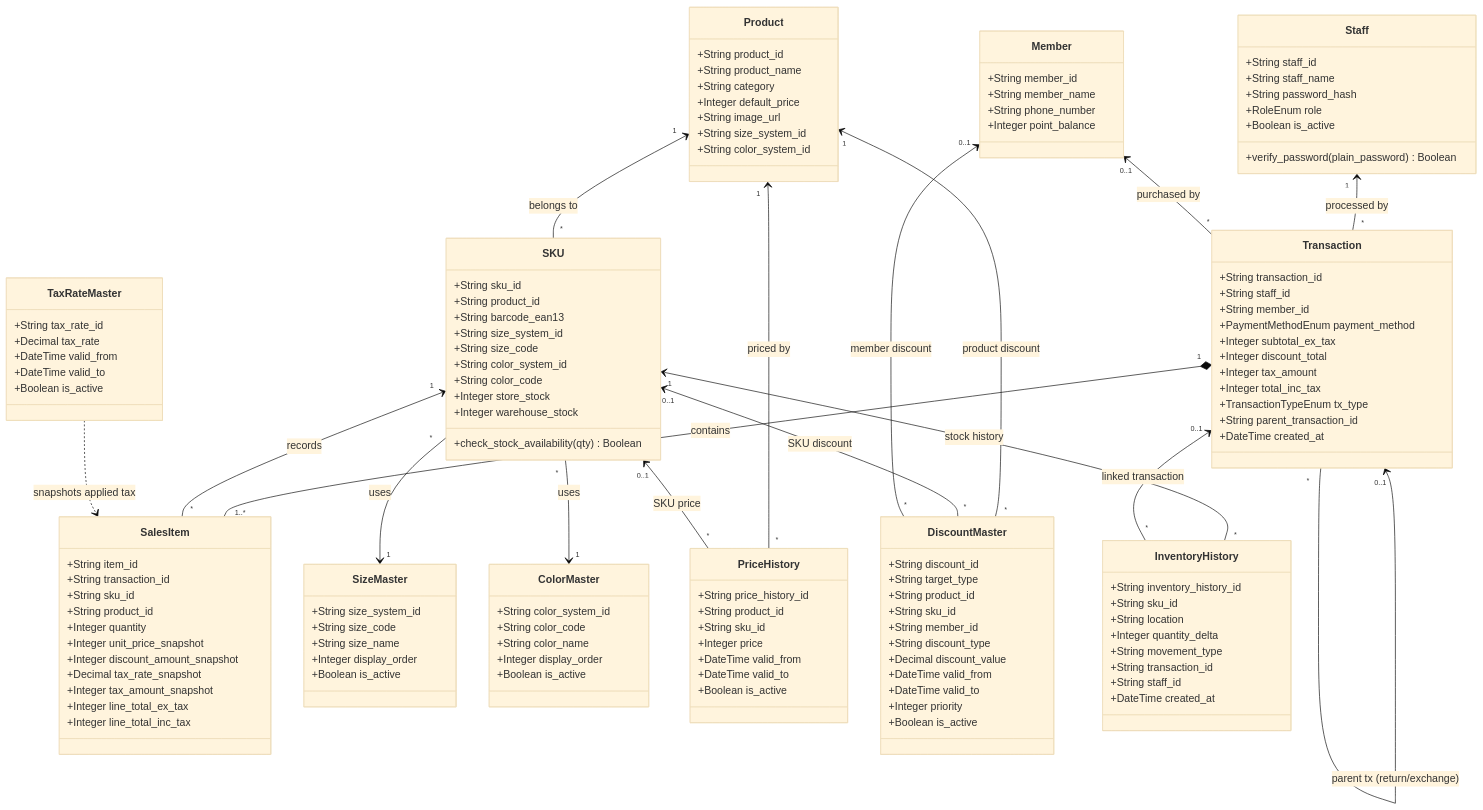
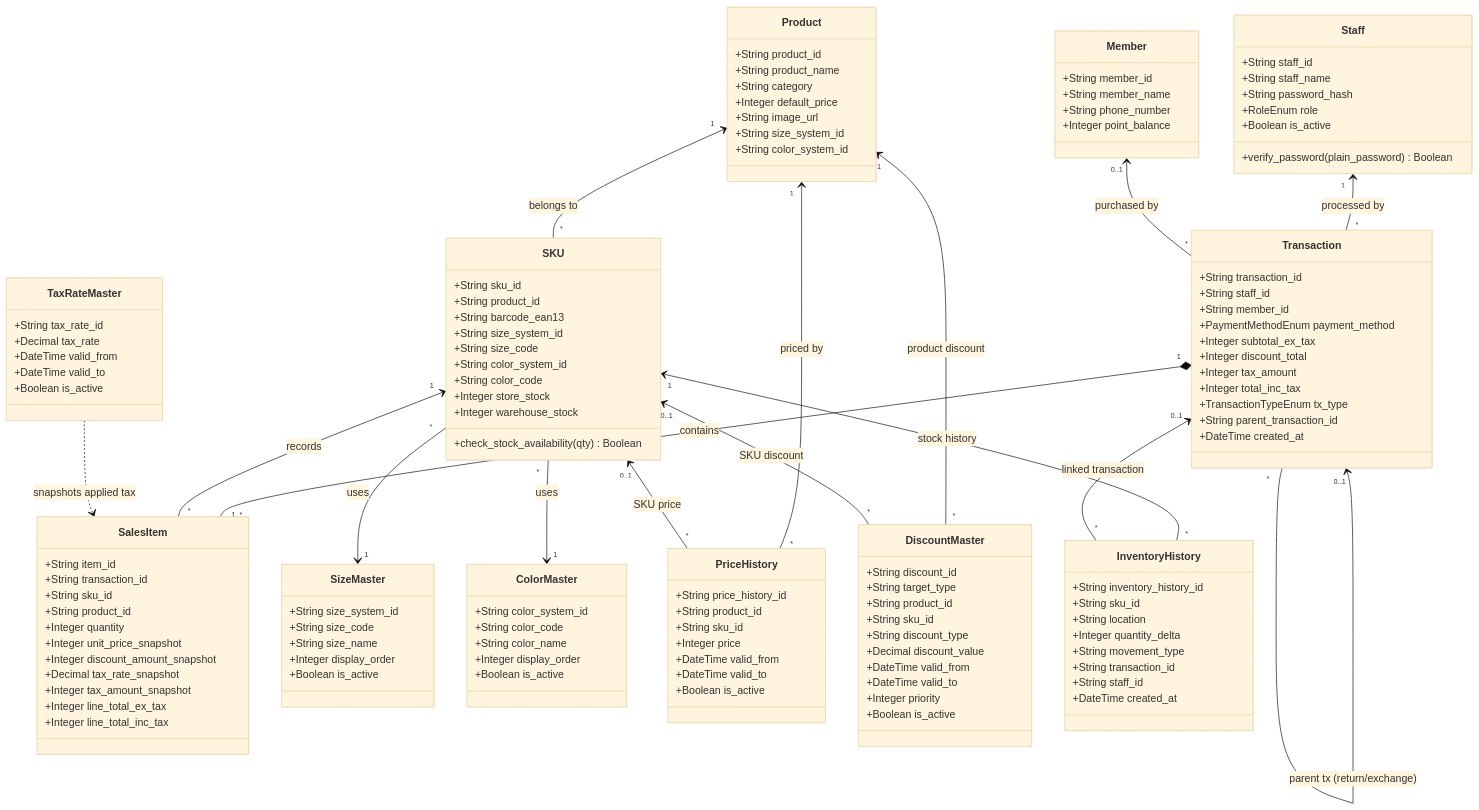
Before and after one commit to kenjiishii99b-beep/step-4: the fifth of 5 diagrams in Apparel_POS_Design_Specification_v1.5.5.md, drawn with Mermaid (base theme). The commit also changed other lines of this file and 1 other file, not shown here.

First line of the commit message:
設計仕様書v1.5.5のDiscountMaster member_id記載を実装に合わせて修正、v1.5を削除

```diff
--- a/Apparel_POS_Design_Specification_v1.5.5.md
+++ b/Apparel_POS_Design_Specification_v1.5.5.md
@@ -330,7 +327,6 @@
         +String target_type
         +String product_id
         +String sku_id
-        +String member_id
         +String discount_type
         +Decimal discount_value
         +DateTime valid_from
@@ -368,7 +364,6 @@
     SKU "0..1" <-- "*" PriceHistory : SKU price
     Product "1" <-- "*" DiscountMaster : product discount
     SKU "0..1" <-- "*" DiscountMaster : SKU discount
-    Member "0..1" <-- "*" DiscountMaster : member discount
     SKU "*" --> "1" SizeMaster : uses
     SKU "*" --> "1" ColorMaster : uses
     SKU "1" <-- "*" InventoryHistory : stock history
```
